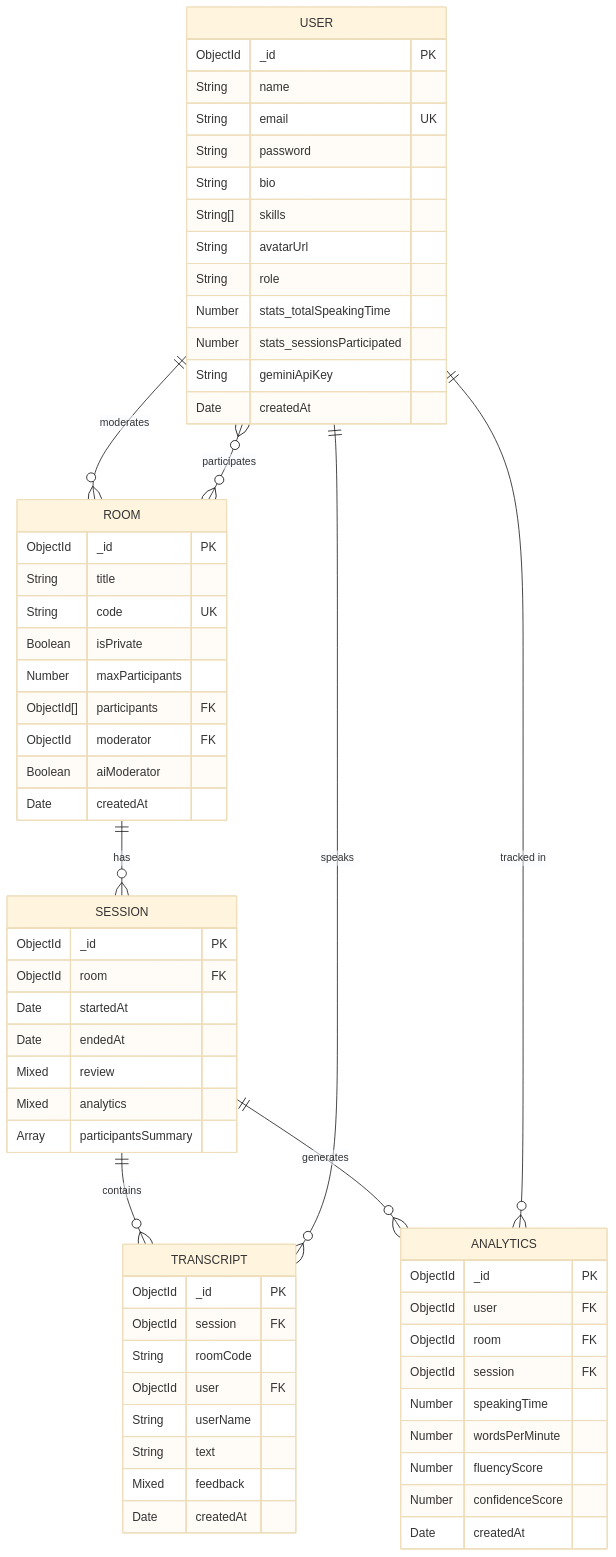
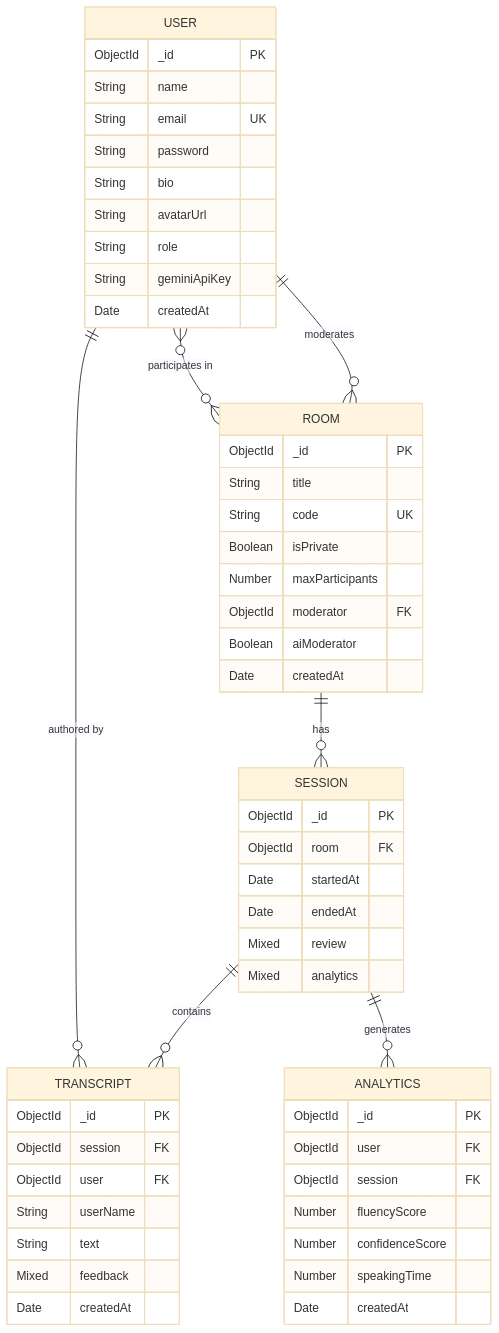
The seventh of 14 diagrams in SpeakSpace_Project_Documentation.md (JahnviAghera/sp), drawn with Mermaid (base theme) before and after one commit. The commit also changed other lines of this file, not shown here.

Commit message:
docs: overhaul project documentation with improved architecture descriptions, structural refinements, and updated technical diagrams

````diff
--- a/SpeakSpace_Project_Documentation.md
+++ b/SpeakSpace_Project_Documentation.md
@@ -248,70 +274,61 @@
 ```mermaid
 erDiagram
     USER {
         ObjectId _id PK
         String name
         String email UK
         String password
         String bio
-        String[] skills
         String avatarUrl
         String role
-        Number stats_totalSpeakingTime
-        Number stats_sessionsParticipated
         String geminiApiKey
         Date createdAt
     }
 
     ROOM {
         ObjectId _id PK
         String title
         String code UK
         Boolean isPrivate
         Number maxParticipants
-        ObjectId[] participants FK
         ObjectId moderator FK
         Boolean aiModerator
         Date createdAt
     }
 
     SESSION {
         ObjectId _id PK
         ObjectId room FK
         Date startedAt
         Date endedAt
         Mixed review
         Mixed analytics
-        Array participantsSummary
     }
 
     TRANSCRIPT {
         ObjectId _id PK
         ObjectId session FK
-        String roomCode
         ObjectId user FK
         String userName
         String text
         Mixed feedback
         Date createdAt
     }
 
     ANALYTICS {
         ObjectId _id PK
         ObjectId user FK
-        ObjectId room FK
         ObjectId session FK
-        Number speakingTime
-        Number wordsPerMinute
         Number fluencyScore
         Number confidenceScore
+        Number speakingTime
         Date createdAt
     }
 
     USER ||--o{ ROOM : "moderates"
-    USER }o--o{ ROOM : "participates"
+    USER }o--o{ ROOM : "participates in"
     ROOM ||--o{ SESSION : "has"
     SESSION ||--o{ TRANSCRIPT : "contains"
     SESSION ||--o{ ANALYTICS : "generates"
-    USER ||--o{ TRANSCRIPT : "speaks"
-    USER ||--o{ ANALYTICS : "tracked in"
+    USER ||--o{ TRANSCRIPT : "authored by"
 ```
````
